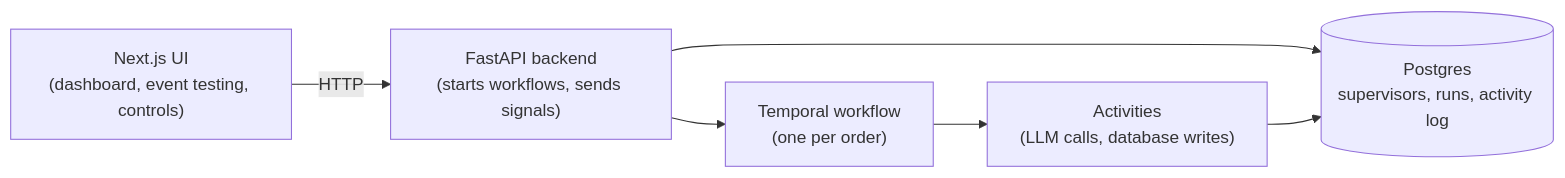
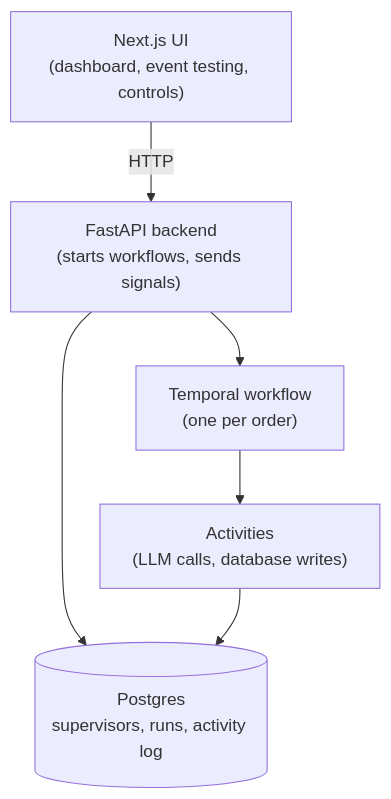
The first of 2 diagrams in ARCHITECTURE.md (YashShrivastava4/ai-order-supervisor), drawn with Mermaid before and after one commit. The commit also changed other lines of this file and 1 other file, not shown here.

Commit message:
Final Deployment

````diff
--- a/ARCHITECTURE.md
+++ b/ARCHITECTURE.md
@@ -11,8 +11,8 @@
 ```mermaid
-flowchart LR
+flowchart TD
     UI["Next.js UI<br/>(dashboard, event testing, controls)"] -->|"HTTP"| API["FastAPI backend<br/>(starts workflows, sends signals)"]
     API --> WF["Temporal workflow<br/>(one per order)"]
     WF --> ACT["Activities<br/>(LLM calls, database writes)"]
     API --> DB[("Postgres<br/>supervisors, runs, activity log")]
     ACT --> DB
 ```
````
